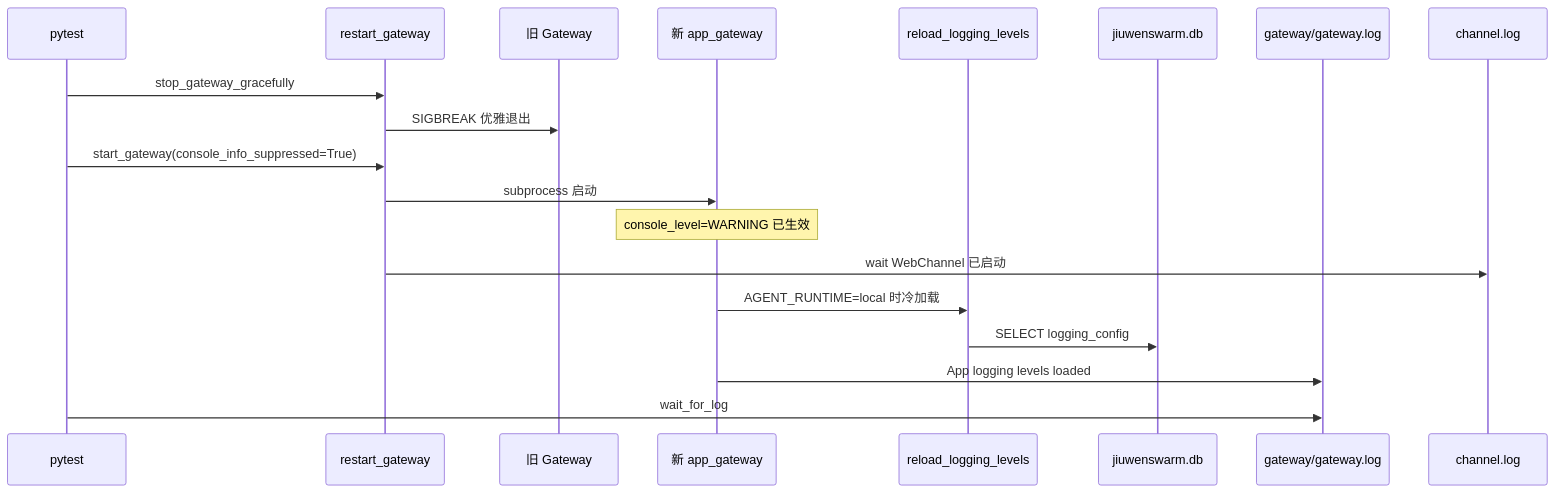
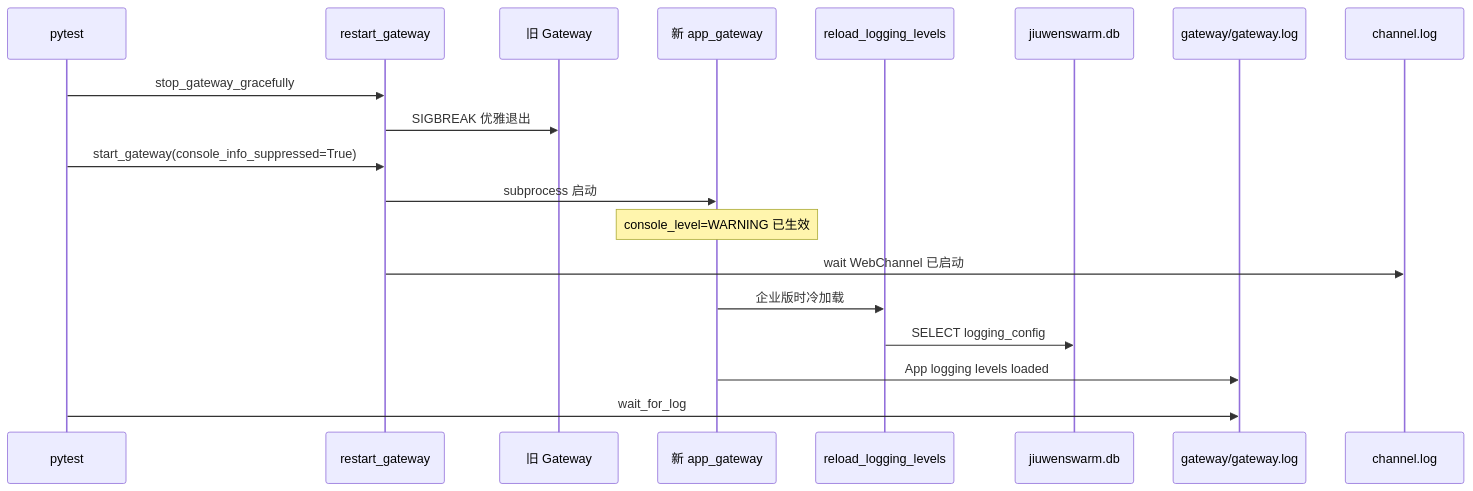
Before and after one commit to openJiuwen-ai/jiuwenclaw: the fifth of 6 diagrams in tests/system_tests/enterprise/test_logging_config.md, drawn with Mermaid. The commit also changed 86 other files, not shown here.

````diff
--- a/tests/system_tests/enterprise/test_logging_config.md
+++ b/tests/system_tests/enterprise/test_logging_config.md
@@ -203,22 +203,22 @@
 ```mermaid
 sequenceDiagram
     participant Test as pytest
     participant Stack as restart_gateway
     participant OldGW as 旧 Gateway
     participant NewGW as 新 app_gateway
     participant Utils as reload_logging_levels
     participant GDB as jiuwenswarm.db
     participant StdLog as gateway/gateway.log
     participant ChLog as channel.log
 
     Test->>Stack: stop_gateway_gracefully
     Stack->>OldGW: SIGBREAK 优雅退出
     Test->>Stack: start_gateway(console_info_suppressed=True)
     Stack->>NewGW: subprocess 启动
     Note over NewGW: console_level=WARNING 已生效
     Stack->>ChLog: wait WebChannel 已启动
-    NewGW->>Utils: AGENT_RUNTIME=local 时冷加载
+    NewGW->>Utils: 企业版时冷加载
     Utils->>GDB: SELECT logging_config
     NewGW->>StdLog: App logging levels loaded
     Test->>StdLog: wait_for_log
 ```
````
